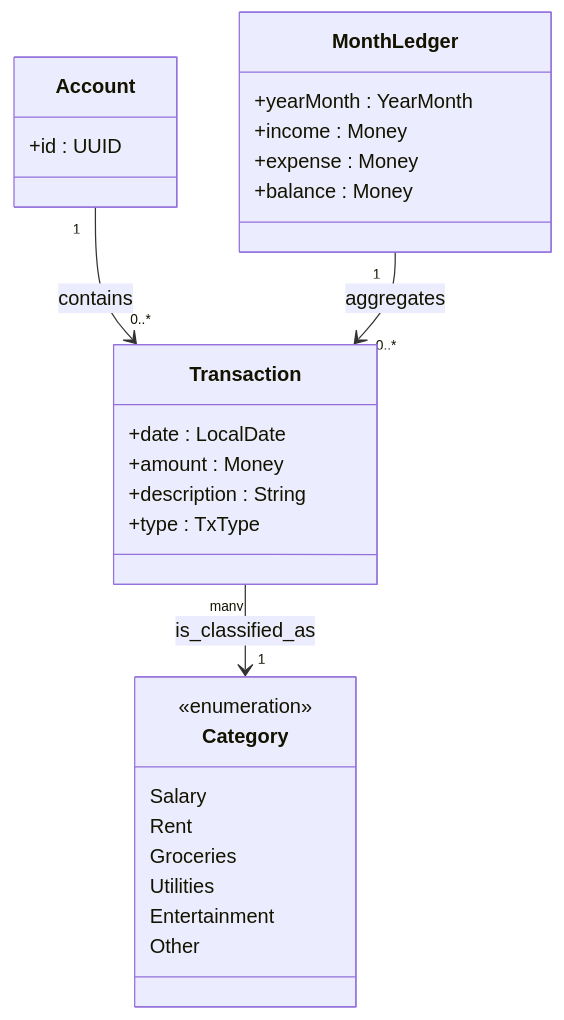
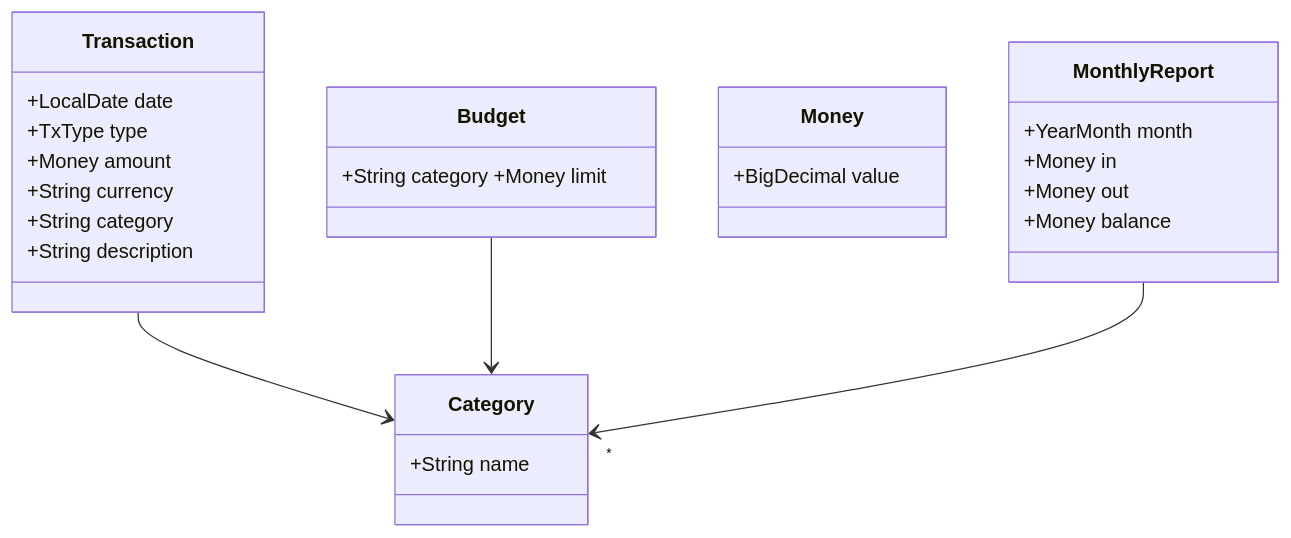
Before and after one commit to acetheberliner/MoneyMinder: the first of 4 diagrams in README.md, drawn with Mermaid. The commit also changed other lines of this file, not shown here.

````diff
--- a/README.md
+++ b/README.md
@@ -66,34 +54,25 @@
 ```mermaid
 classDiagram
-    class Account {
-        +id : UUID
+    direction TB
+    class Transaction {
+        +LocalDate date
+        +TxType type
+        +Money amount
+        +String currency
+        +String category
+        +String description
+    }
+    class Category { +String name }
+    class Budget  { +String category +Money limit }
+    class Money   { +BigDecimal value }
+    class MonthlyReport {
+        +YearMonth month
+        +Money in
+        +Money out
+        +Money balance
     }
 
-    class Transaction {
-        +date : LocalDate
-        +amount : Money
-        +description : String
-        +type : TxType
-    }
-
-    class Category {
-        <<enumeration>>
-        Salary
-        Rent
-        Groceries
-        Utilities
-        Entertainment
-        Other
-    }
-
-    class MonthLedger {
-        +yearMonth : YearMonth
-        +income : Money
-        +expense : Money
-        +balance : Money
-    }
-
-    Account "1" --> "0..*" Transaction : contains
-    Transaction "many" --> "1" Category : is\_classified\_as
-    MonthLedger "1" --> "0..*" Transaction : aggregates
+    Transaction --> Category
+    Budget --> Category
+    MonthlyReport --> "*" Category
 ```
````
